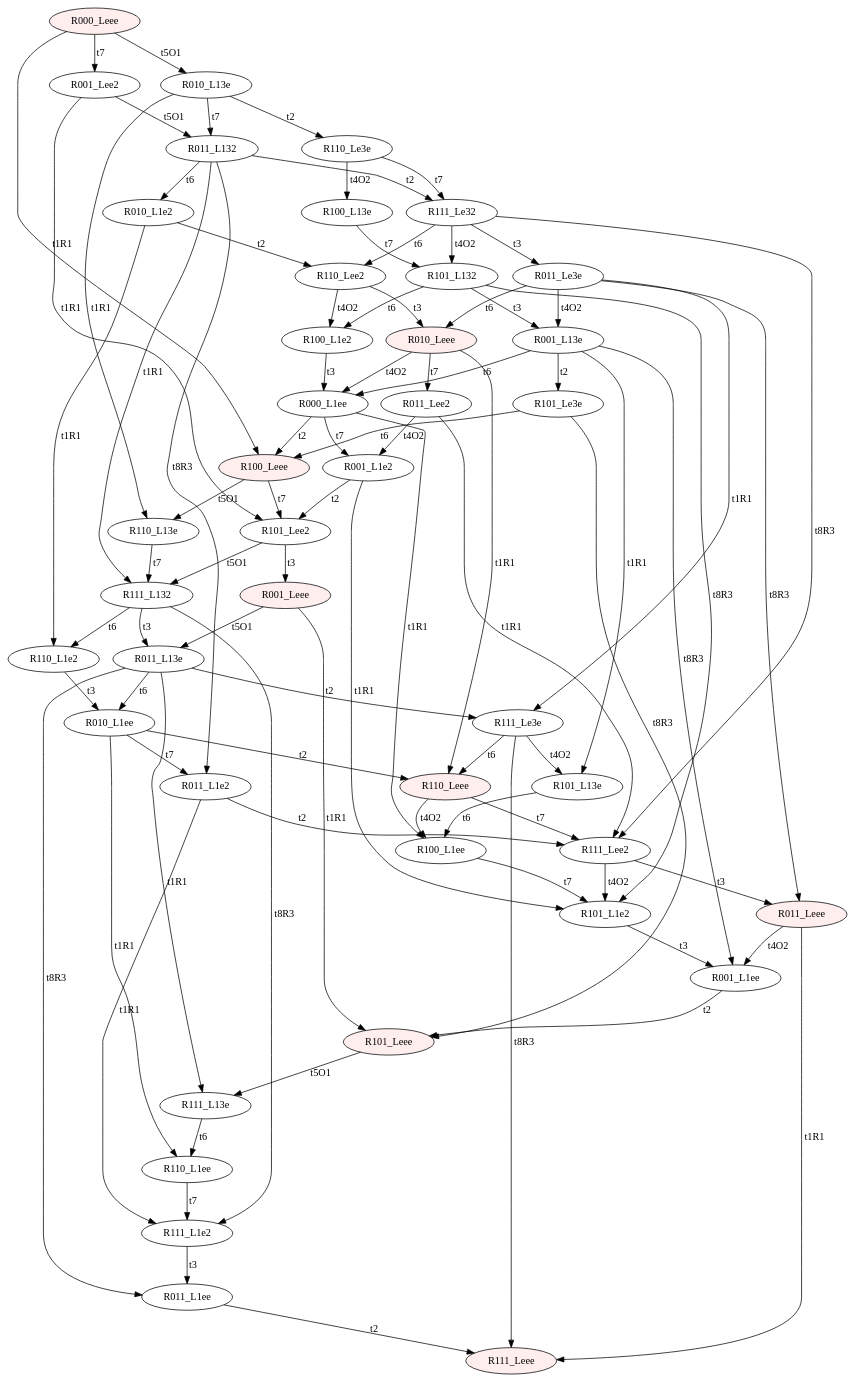
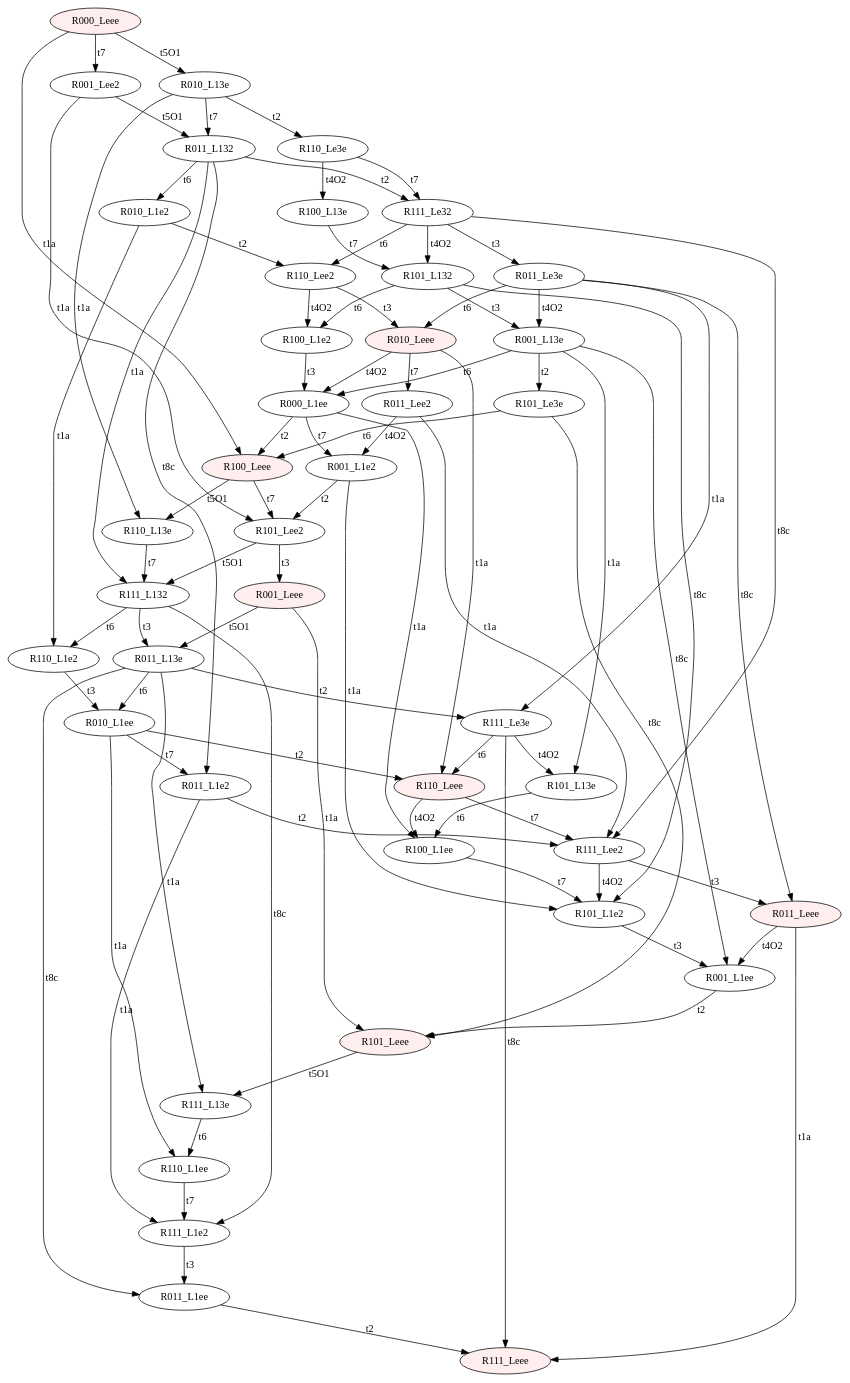
Before and after one commit to Stefano-BS/Explanatory-Diagnosis: the diagram in input/i_SC.dot, drawn with Graphviz. The commit also changed 71 other files, not shown here.

```diff
--- a/input/i_SC.dot
+++ b/input/i_SC.dot
@@ -1,128 +1,128 @@
 digraph "SCinput/i" {
 node [style=filled fillcolor="#FFEEEE"]; R000_Leee ;
 node [style=filled fillcolor="#FFEEEE"]; R100_Leee ;
 node [fillcolor="#FFFFFF"]; R110_L13e ;
 node [fillcolor="#FFFFFF"]; R111_L132 ;
 node [fillcolor="#FFFFFF"]; R011_L13e ;
 node [fillcolor="#FFFFFF"]; R111_L13e ;
 node [fillcolor="#FFFFFF"]; R110_L1ee ;
 node [fillcolor="#FFFFFF"]; R111_L1e2 ;
 node [fillcolor="#FFFFFF"]; R011_L1ee ;
 node [style=filled fillcolor="#FFEEEE"]; R111_Leee ;
 node [fillcolor="#FFFFFF"]; R111_Le3e ;
 node [fillcolor="#FFFFFF"]; R101_L13e ;
 node [fillcolor="#FFFFFF"]; R100_L1ee ;
 node [fillcolor="#FFFFFF"]; R101_L1e2 ;
 node [fillcolor="#FFFFFF"]; R001_L1ee ;
 node [style=filled fillcolor="#FFEEEE"]; R101_Leee ;
 node [style=filled fillcolor="#FFEEEE"]; R110_Leee ;
 node [fillcolor="#FFFFFF"]; R111_Lee2 ;
 node [style=filled fillcolor="#FFEEEE"]; R011_Leee ;
 node [fillcolor="#FFFFFF"]; R010_L1ee ;
 node [fillcolor="#FFFFFF"]; R011_L1e2 ;
 node [fillcolor="#FFFFFF"]; R110_L1e2 ;
 node [fillcolor="#FFFFFF"]; R101_Lee2 ;
 node [style=filled fillcolor="#FFEEEE"]; R001_Leee ;
 node [fillcolor="#FFFFFF"]; R010_L13e ;
 node [fillcolor="#FFFFFF"]; R110_Le3e ;
 node [fillcolor="#FFFFFF"]; R100_L13e ;
 node [fillcolor="#FFFFFF"]; R101_L132 ;
 node [fillcolor="#FFFFFF"]; R001_L13e ;
 node [fillcolor="#FFFFFF"]; R101_Le3e ;
 node [fillcolor="#FFFFFF"]; R000_L1ee ;
 node [fillcolor="#FFFFFF"]; R001_L1e2 ;
 node [fillcolor="#FFFFFF"]; R100_L1e2 ;
 node [fillcolor="#FFFFFF"]; R111_Le32 ;
 node [fillcolor="#FFFFFF"]; R011_Le3e ;
 node [style=filled fillcolor="#FFEEEE"]; R010_Leee ;
 node [fillcolor="#FFFFFF"]; R011_Lee2 ;
 node [fillcolor="#FFFFFF"]; R110_Lee2 ;
 node [fillcolor="#FFFFFF"]; R011_L132 ;
 node [fillcolor="#FFFFFF"]; R010_L1e2 ;
 node [fillcolor="#FFFFFF"]; R001_Lee2 ;
 R000_Leee -> R001_Lee2 [label=t7]
 R000_Leee -> R010_L13e [label=t5O1]
-R000_Leee -> R100_Leee [label=t1R1]
+R000_Leee -> R100_Leee [label=t1a]
 R100_Leee -> R101_Lee2 [label=t7]
 R100_Leee -> R110_L13e [label=t5O1]
 R110_L13e -> R111_L132 [label=t7]
-R111_L132 -> R111_L1e2 [label=t8R3]
+R111_L132 -> R111_L1e2 [label=t8c]
 R111_L132 -> R110_L1e2 [label=t6]
 R111_L132 -> R011_L13e [label=t3]
-R011_L13e -> R011_L1ee [label=t8R3]
+R011_L13e -> R011_L1ee [label=t8c]
 R011_L13e -> R010_L1ee [label=t6]
 R011_L13e -> R111_Le3e [label=t2]
-R011_L13e -> R111_L13e [label=t1R1]
+R011_L13e -> R111_L13e [label=t1a]
 R111_L13e -> R110_L1ee [label=t6]
 R110_L1ee -> R111_L1e2 [label=t7]
 R111_L1e2 -> R011_L1ee [label=t3]
 R011_L1ee -> R111_Leee [label=t2]
-R111_Le3e -> R111_Leee [label=t8R3]
+R111_Le3e -> R111_Leee [label=t8c]
 R111_Le3e -> R110_Leee [label=t6]
 R111_Le3e -> R101_L13e [label=t4O2]
 R101_L13e -> R100_L1ee [label=t6]
 R100_L1ee -> R101_L1e2 [label=t7]
 R101_L1e2 -> R001_L1ee [label=t3]
 R001_L1ee -> R101_Leee [label=t2]
 R101_Leee -> R111_L13e [label=t5O1]
 R110_Leee -> R111_Lee2 [label=t7]
 R110_Leee -> R100_L1ee [label=t4O2]
 R111_Lee2 -> R101_L1e2 [label=t4O2]
 R111_Lee2 -> R011_Leee [label=t3]
 R011_Leee -> R001_L1ee [label=t4O2]
-R011_Leee -> R111_Leee [label=t1R1]
+R011_Leee -> R111_Leee [label=t1a]
 R010_L1ee -> R011_L1e2 [label=t7]
 R010_L1ee -> R110_Leee [label=t2]
-R010_L1ee -> R110_L1ee [label=t1R1]
+R010_L1ee -> R110_L1ee [label=t1a]
 R011_L1e2 -> R111_Lee2 [label=t2]
-R011_L1e2 -> R111_L1e2 [label=t1R1]
+R011_L1e2 -> R111_L1e2 [label=t1a]
 R110_L1e2 -> R010_L1ee [label=t3]
 R101_Lee2 -> R111_L132 [label=t5O1]
 R101_Lee2 -> R001_Leee [label=t3]
 R001_Leee -> R011_L13e [label=t5O1]
-R001_Leee -> R101_Leee [label=t1R1]
+R001_Leee -> R101_Leee [label=t1a]
 R010_L13e -> R011_L132 [label=t7]
 R010_L13e -> R110_Le3e [label=t2]
-R010_L13e -> R110_L13e [label=t1R1]
+R010_L13e -> R110_L13e [label=t1a]
 R110_Le3e -> R111_Le32 [label=t7]
 R110_Le3e -> R100_L13e [label=t4O2]
 R100_L13e -> R101_L132 [label=t7]
-R101_L132 -> R101_L1e2 [label=t8R3]
+R101_L132 -> R101_L1e2 [label=t8c]
 R101_L132 -> R100_L1e2 [label=t6]
 R101_L132 -> R001_L13e [label=t3]
-R001_L13e -> R001_L1ee [label=t8R3]
+R001_L13e -> R001_L1ee [label=t8c]
 R001_L13e -> R000_L1ee [label=t6]
 R001_L13e -> R101_Le3e [label=t2]
-R001_L13e -> R101_L13e [label=t1R1]
-R101_Le3e -> R101_Leee [label=t8R3]
+R001_L13e -> R101_L13e [label=t1a]
+R101_Le3e -> R101_Leee [label=t8c]
 R101_Le3e -> R100_Leee [label=t6]
 R000_L1ee -> R001_L1e2 [label=t7]
 R000_L1ee -> R100_Leee [label=t2]
-R000_L1ee -> R100_L1ee [label=t1R1]
+R000_L1ee -> R100_L1ee [label=t1a]
 R001_L1e2 -> R101_Lee2 [label=t2]
-R001_L1e2 -> R101_L1e2 [label=t1R1]
+R001_L1e2 -> R101_L1e2 [label=t1a]
 R100_L1e2 -> R000_L1ee [label=t3]
-R111_Le32 -> R111_Lee2 [label=t8R3]
+R111_Le32 -> R111_Lee2 [label=t8c]
 R111_Le32 -> R110_Lee2 [label=t6]
 R111_Le32 -> R101_L132 [label=t4O2]
 R111_Le32 -> R011_Le3e [label=t3]
-R011_Le3e -> R011_Leee [label=t8R3]
+R011_Le3e -> R011_Leee [label=t8c]
 R011_Le3e -> R010_Leee [label=t6]
 R011_Le3e -> R001_L13e [label=t4O2]
-R011_Le3e -> R111_Le3e [label=t1R1]
+R011_Le3e -> R111_Le3e [label=t1a]
 R010_Leee -> R011_Lee2 [label=t7]
 R010_Leee -> R000_L1ee [label=t4O2]
-R010_Leee -> R110_Leee [label=t1R1]
+R010_Leee -> R110_Leee [label=t1a]
 R011_Lee2 -> R001_L1e2 [label=t4O2]
-R011_Lee2 -> R111_Lee2 [label=t1R1]
+R011_Lee2 -> R111_Lee2 [label=t1a]
 R110_Lee2 -> R100_L1e2 [label=t4O2]
 R110_Lee2 -> R010_Leee [label=t3]
-R011_L132 -> R011_L1e2 [label=t8R3]
+R011_L132 -> R011_L1e2 [label=t8c]
 R011_L132 -> R010_L1e2 [label=t6]
 R011_L132 -> R111_Le32 [label=t2]
-R011_L132 -> R111_L132 [label=t1R1]
+R011_L132 -> R111_L132 [label=t1a]
 R010_L1e2 -> R110_Lee2 [label=t2]
-R010_L1e2 -> R110_L1e2 [label=t1R1]
+R010_L1e2 -> R110_L1e2 [label=t1a]
 R001_Lee2 -> R011_L132 [label=t5O1]
-R001_Lee2 -> R101_Lee2 [label=t1R1]
+R001_Lee2 -> R101_Lee2 [label=t1a]
 }
```
